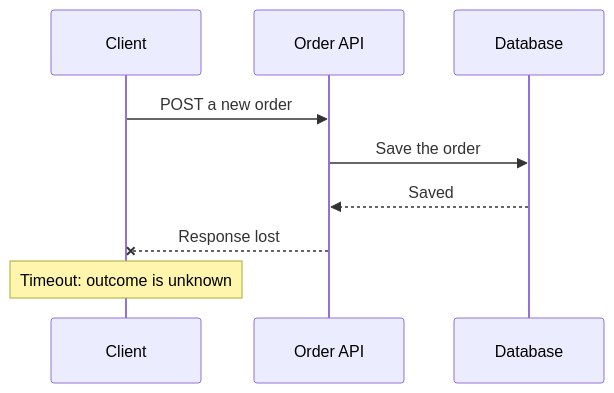
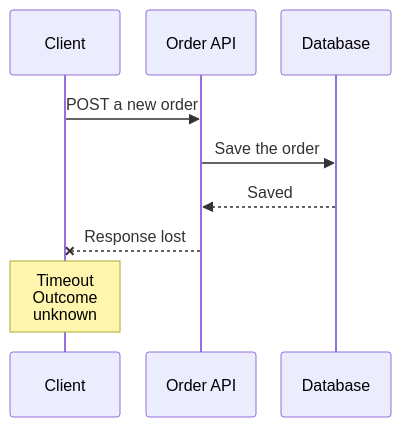
The ninth of 10 diagrams in rest-apis/training-guide.md (alikhawaja/training-plans), drawn with Mermaid before and after one commit. The commit also changed other lines of this file and 1 other file, not shown here.

Commit message:
Improve REST workshop diagram readability

````diff
--- a/rest-apis/training-guide.md
+++ b/rest-apis/training-guide.md
@@ -1134,11 +1141,12 @@
 ```mermaid
+%%{init: {"sequence": {"wrap": true, "width": 110, "actorMargin": 25}}}%%
 sequenceDiagram
     participant C as Client
     participant S as Order API
     participant D as Database
     C->>S: POST a new order
     S->>D: Save the order
     D-->>S: Saved
     S--xC: Response lost
-    Note over C: Timeout: outcome is unknown
+    Note over C: Timeout<br/>Outcome<br/>unknown
 ```
````
